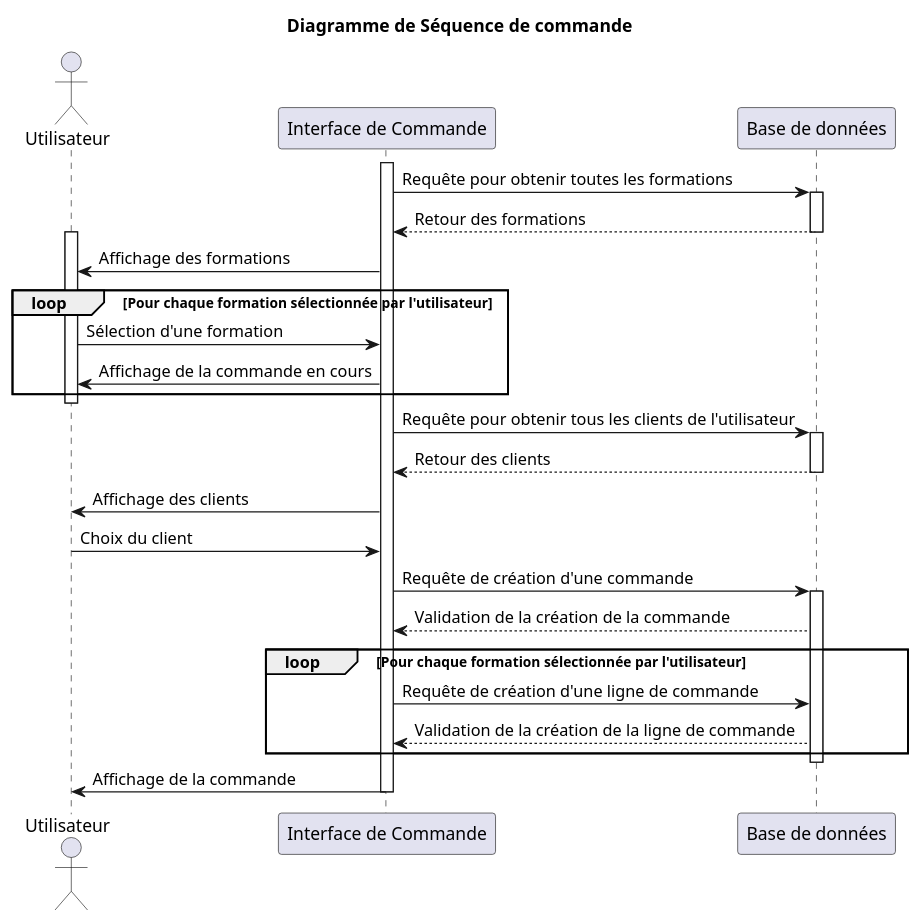
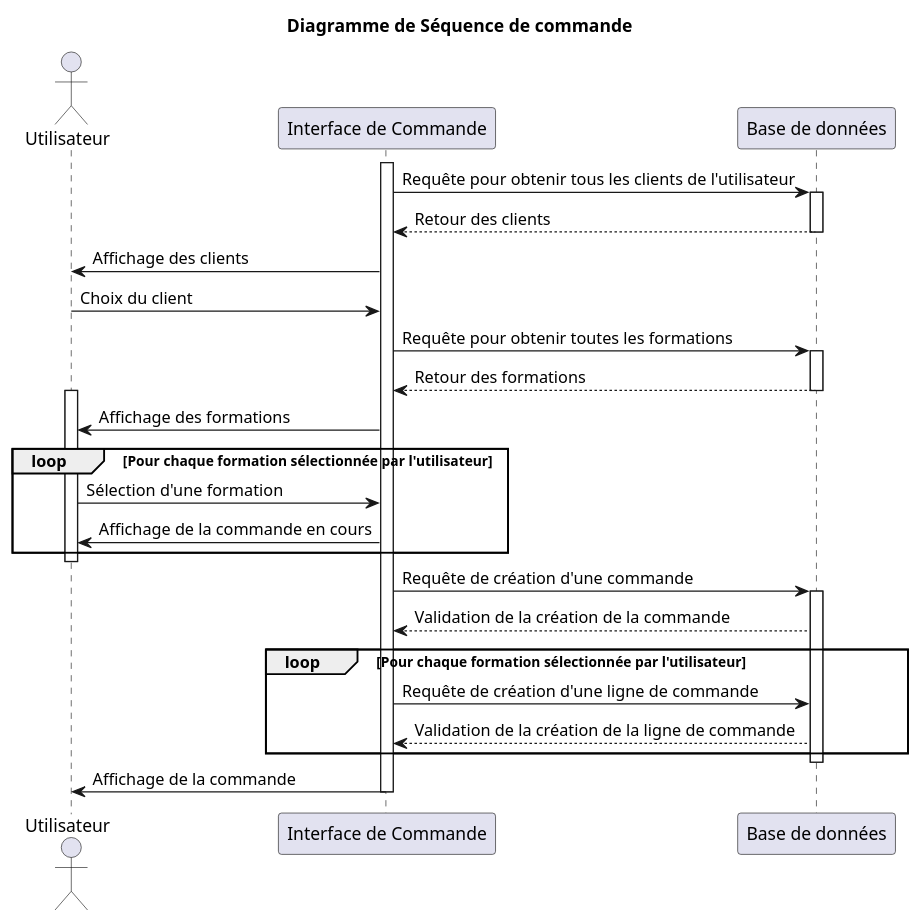
Before and after one commit to DucasseRafael91/VenteFormation: the diagram in doc/uml/3-sequence/venteFormation_sequence_Commande.puml, drawn with PlantUML. The commit also changed other lines of this file, not shown here.

Commit message:
Le diagramme de sequence de commande demand ed'abord le choix du client avant les formations

```diff
--- a/doc/uml/3-sequence/venteFormation_sequence_Commande.puml
+++ b/doc/uml/3-sequence/venteFormation_sequence_Commande.puml
@@ -1,47 +1,47 @@
 @startuml
 title Diagramme de Séquence de commande
 
 actor Utilisateur
 participant "Interface de Commande" as Interface
 participant "Base de données" as BDD
 
 activate Interface
+
+Interface -> BDD : Requête pour obtenir tous les clients de l'utilisateur
+activate BDD
+BDD --> Interface : Retour des clients
+deactivate BDD
+
+Interface -> Utilisateur : Affichage des clients
+Utilisateur -> Interface : Choix du client
 
 Interface -> BDD : Requête pour obtenir toutes les formations
 activate BDD
 BDD --> Interface : Retour des formations
 deactivate BDD
 
 activate Utilisateur
 Interface -> Utilisateur : Affichage des formations
 loop Pour chaque formation sélectionnée par l'utilisateur
     Utilisateur -> Interface : Sélection d'une formation
     Interface -> Utilisateur : Affichage de la commande en cours
 end
 deactivate Utilisateur
-
-Interface -> BDD : Requête pour obtenir tous les clients de l'utilisateur
-activate BDD
-BDD --> Interface : Retour des clients
-deactivate BDD
-
-Interface -> Utilisateur : Affichage des clients
-Utilisateur -> Interface : Choix du client
 
 Interface -> BDD : Requête de création d'une commande
 activate BDD
 BDD --> Interface : Validation de la création de la commande
 
 loop Pour chaque formation sélectionnée par l'utilisateur
     Interface -> BDD : Requête de création d'une ligne de commande
     BDD --> Interface : Validation de la création de la ligne de commande
 end
 deactivate BDD
 
 activate Utilisateur
 Interface -> Utilisateur : Affichage de la commande
 deactivate Utilisateur
 
 deactivate Interface
 
 @enduml
```
